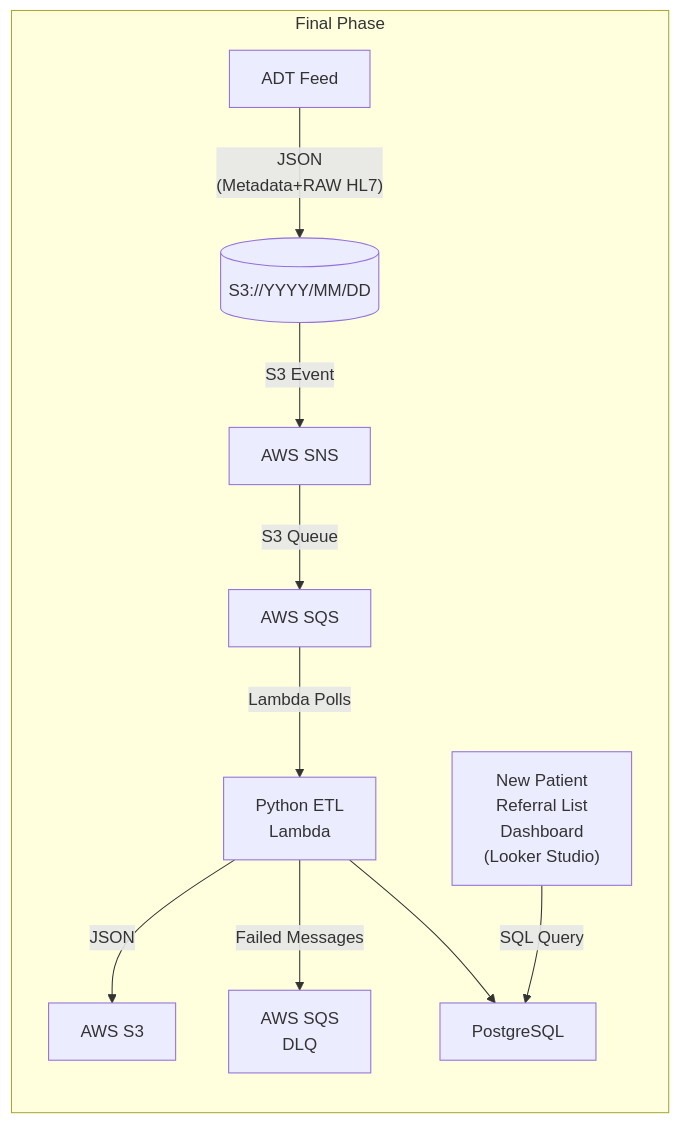
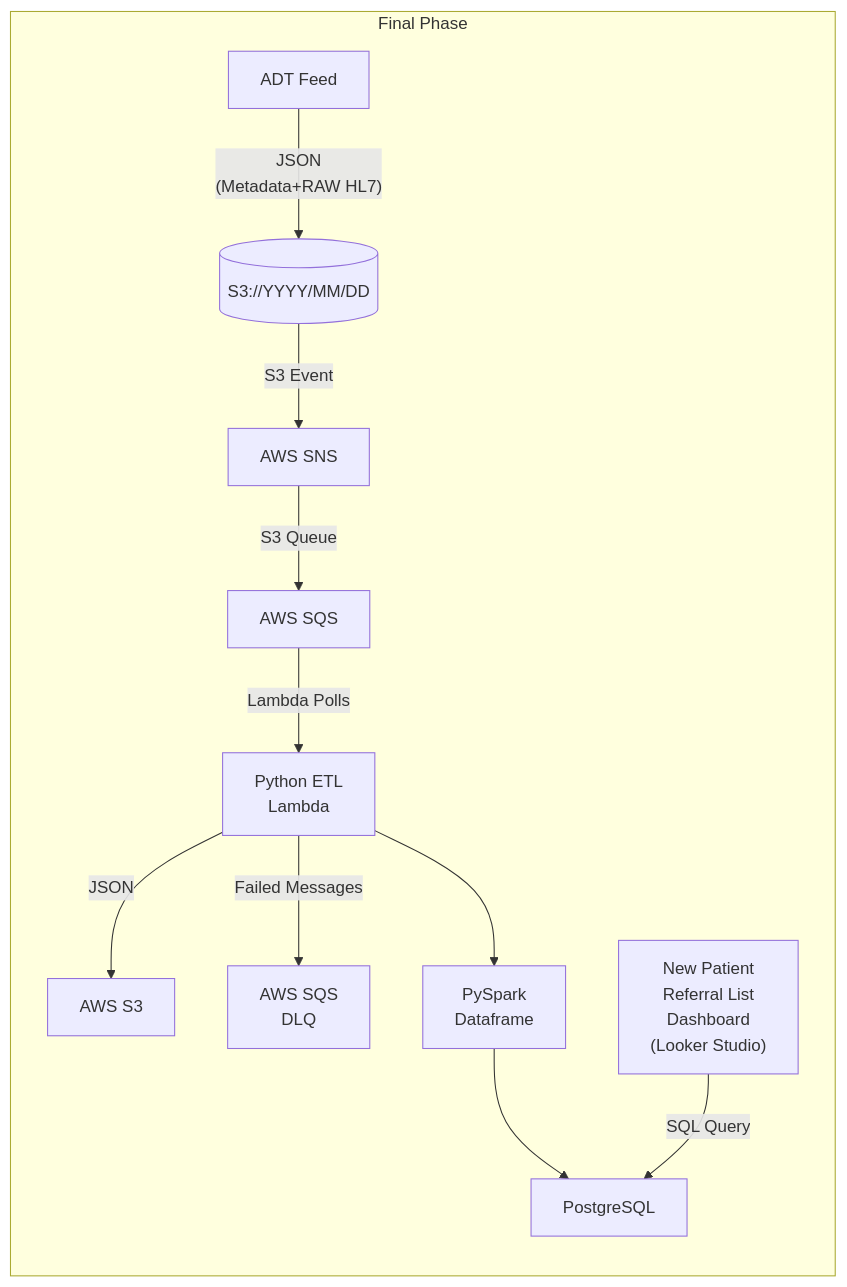
One commit to ovaisq/DataTooling changed the diagram in final-phase.md. Above: the diagram before and after it, drawn with Mermaid. The commit also changed 1 other file, not shown here.

Commit message:
Cleaned up workflow

````diff
--- a/final-phase.md
+++ b/final-phase.md
@@ -1,19 +1,21 @@
 ```mermaid
 flowchart LR
     subgraph "Final Phase"
     A["ADT Feed"] -- "JSON
     (Metadata+RAW HL7)" --> id2[(S3://YYYY/MM/DD)];
     id2 -- S3 Event --> sns["AWS SNS"]
     sns -- S3 Queue --> sqs["AWS SQS"]
     sqs -- Lambda Polls --> py["Python ETL
     Lambda"]
     py -- JSON --> s3["AWS S3"]
     py -- "Failed Messages" --> dlq["AWS SQS
     DLQ"]
-    py  --> F["PostgreSQL"]
+    py  --> F["PySpark
+    Dataframe"]
+    F --> G["PostgreSQL"]
     L["New Patient 
     Referral List
     Dashboard
-    (Looker Studio)"] -- SQL Query --> F
+    (Looker Studio)"] -- SQL Query --> G
     end
 ```
````
